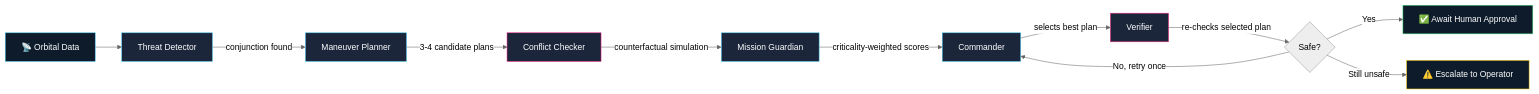
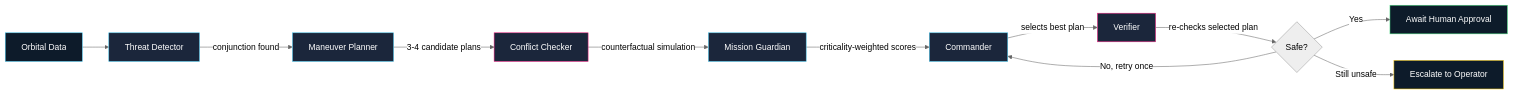
Before and after one commit to NidhiVerse10/OrbitGuard_Prometheus: the first of 2 diagrams in README.md, drawn with Mermaid (neutral theme). The commit also changed other lines of this file, not shown here.

````diff
--- a/README.md
+++ b/README.md
@@ -28,23 +28,23 @@
 ```mermaid
 flowchart LR
-    A[📡 Orbital Data] --> B[Threat Detector]
+    A[ Orbital Data] --> B[Threat Detector]
     B -->|conjunction found| C[Maneuver Planner]
     C -->|3-4 candidate plans| D[Conflict Checker]
     D -->|counterfactual simulation| E[Mission Guardian]
     E -->|criticality-weighted scores| F[Commander]
     F -->|selects best plan| G[Verifier]
     G -->|re-checks selected plan| H{Safe?}
-    H -->|Yes| I[✅ Await Human Approval]
+    H -->|Yes| I[ Await Human Approval]
     H -->|No, retry once| F
-    H -->|Still unsafe| J[⚠️ Escalate to Operator]
+    H -->|Still unsafe| J[ Escalate to Operator]
 
     style A fill:#0d1b2a,stroke:#4cc9f0,color:#fff
     style B fill:#1b263b,stroke:#4cc9f0,color:#fff
     style C fill:#1b263b,stroke:#4cc9f0,color:#fff
     style D fill:#1b263b,stroke:#f72585,color:#fff
     style E fill:#1b263b,stroke:#4cc9f0,color:#fff
     style F fill:#1b263b,stroke:#4cc9f0,color:#fff
     style G fill:#1b263b,stroke:#f72585,color:#fff
     style I fill:#0d1b2a,stroke:#4ade80,color:#fff
     style J fill:#0d1b2a,stroke:#facc15,color:#fff
 ```
````
